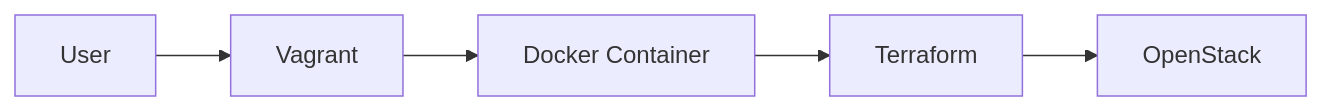
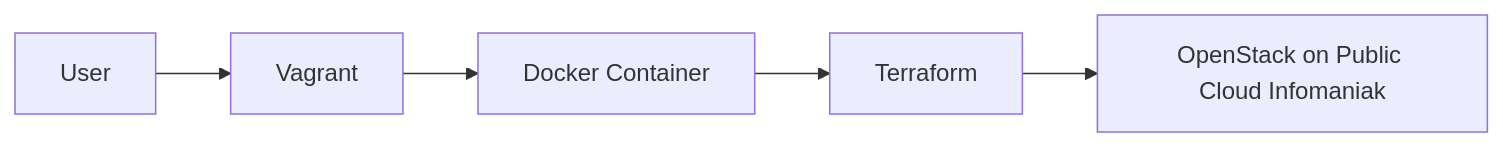
Before and after one commit to csdevtauri/Labs_Vagrant_Docker_Terraform_Openstack: the diagram in README.md, drawn with Mermaid.

Commit message:
modify diagram

````diff
--- a/README.md
+++ b/README.md
@@ -13,7 +13,7 @@
 ```mermaid
 graph LR
 A[User] --> B[Vagrant]
 B --> C[Docker Container]
 C --> D[Terraform]
-D --> E[OpenStack]
+D --> E[OpenStack on Public Cloud Infomaniak]
 ```
````
